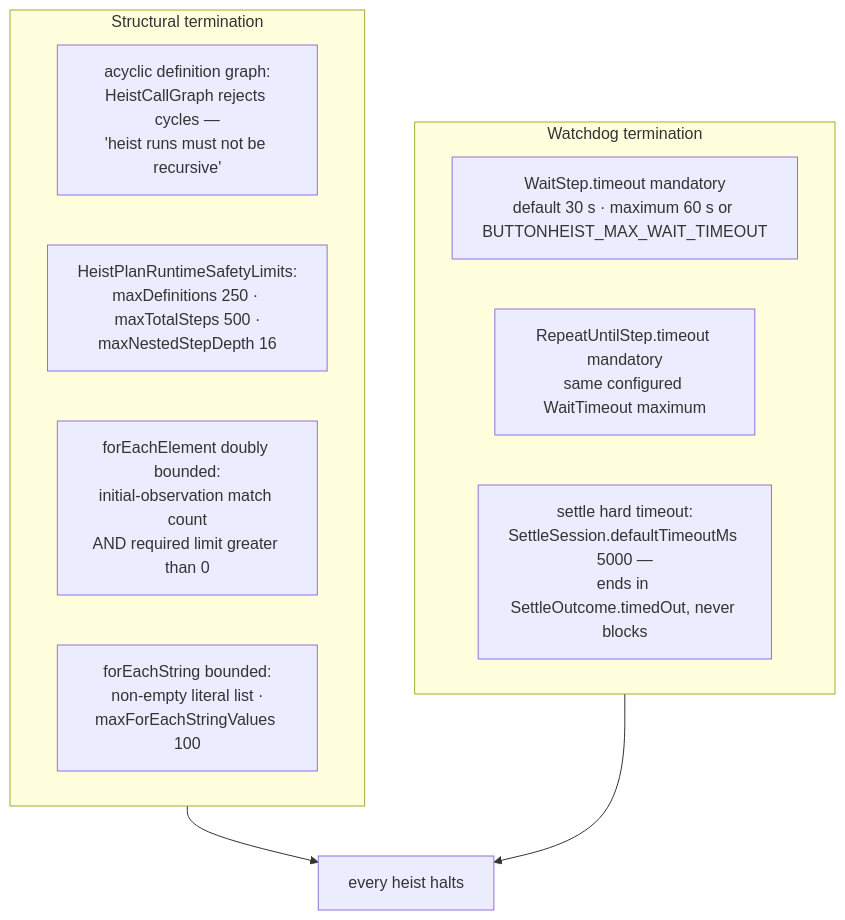
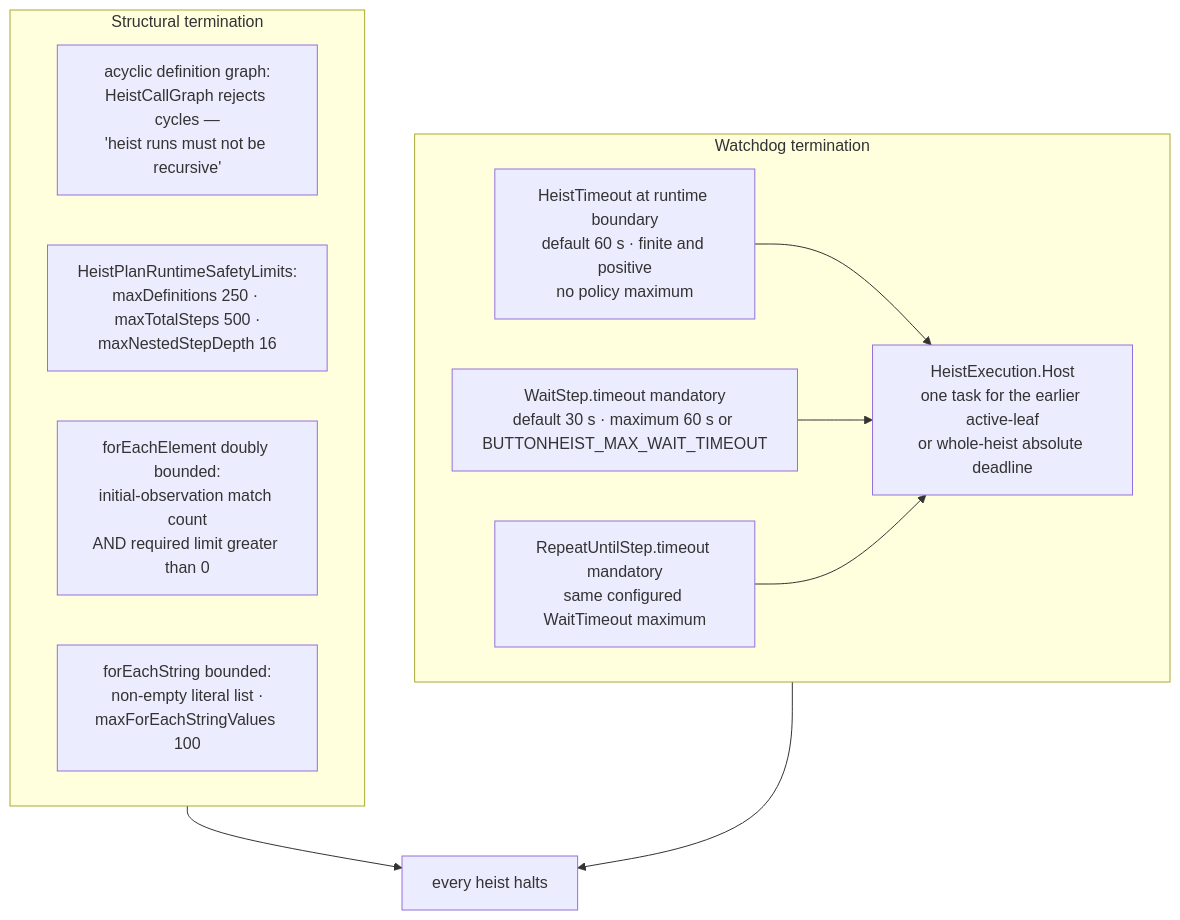
One commit to RoyalPineapple/TheButtonHeist changed the diagram in docs/diagrams/totality.md. Above: the diagram before and after it, drawn with Mermaid. The commit also changed other lines of this file and 326 other files, not shown here.

````diff
--- a/docs/diagrams/totality.md
+++ b/docs/diagrams/totality.md
@@ -8,20 +14,24 @@
 ```mermaid
 flowchart TD
     HALT["every heist halts"]
 
     subgraph structural["Structural termination"]
         ACYCLIC["acyclic definition graph:<br/>HeistCallGraph rejects cycles —<br/>'heist runs must not be recursive'"]
         LIMITS["HeistPlanRuntimeSafetyLimits:<br/>maxDefinitions 250 · maxTotalSteps 500 ·<br/>maxNestedStepDepth 16"]
         FOREACH["forEachElement doubly bounded:<br/>initial-observation match count<br/>AND required limit greater than 0"]
         FORSTR["forEachString bounded:<br/>non-empty literal list ·<br/>maxForEachStringValues 100"]
     end
 
     subgraph watchdog["Watchdog termination"]
         WAITT["WaitStep.timeout mandatory<br/>default 30 s · maximum 60 s or BUTTONHEIST_MAX_WAIT_TIMEOUT"]
         REPEATT["RepeatUntilStep.timeout mandatory<br/>same configured WaitTimeout maximum"]
-        SETTLET["settle hard timeout:<br/>SettleSession.defaultTimeoutMs 5000 —<br/>ends in SettleOutcome.timedOut, never blocks"]
+        HEISTT["HeistTimeout at runtime boundary<br/>default 60 s · finite and positive<br/>no policy maximum"]
+        HOST["HeistExecution.Host<br/>one task for the earlier active-leaf<br/>or whole-heist absolute deadline"]
+        HEISTT --> HOST
+        WAITT --> HOST
+        REPEATT --> HOST
     end
 
     structural --> HALT
     watchdog --> HALT
 ```
````
